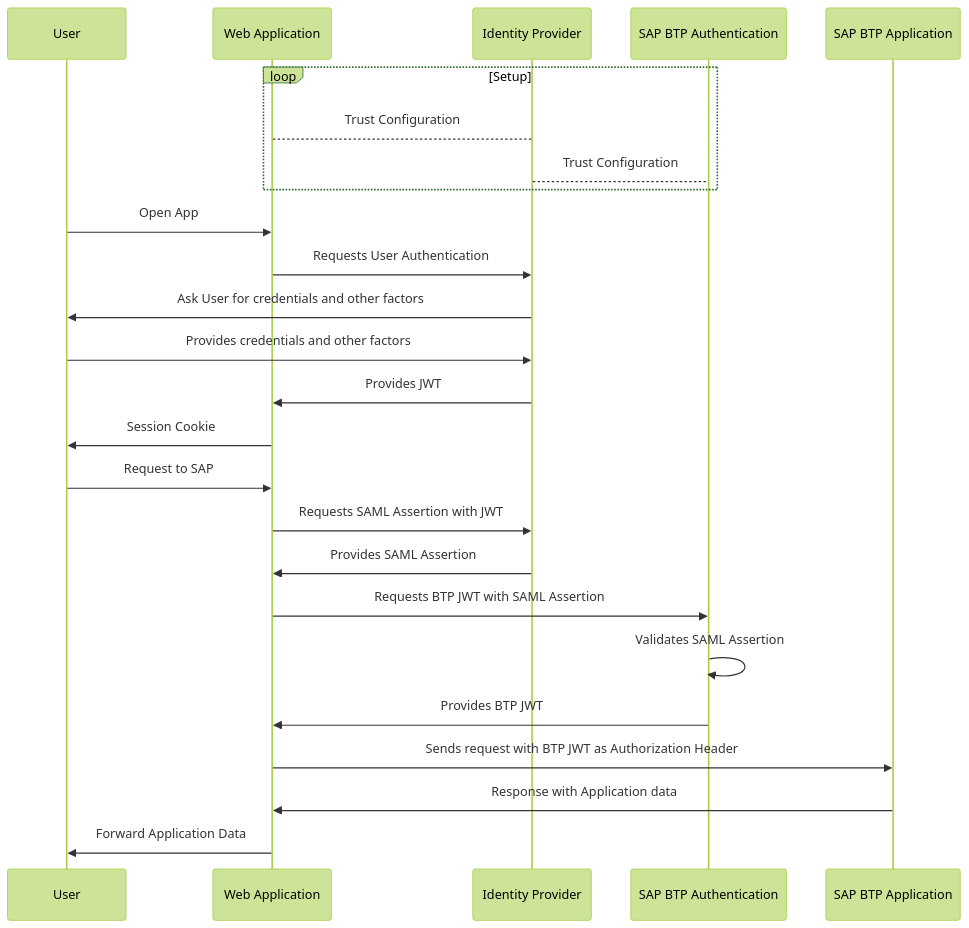
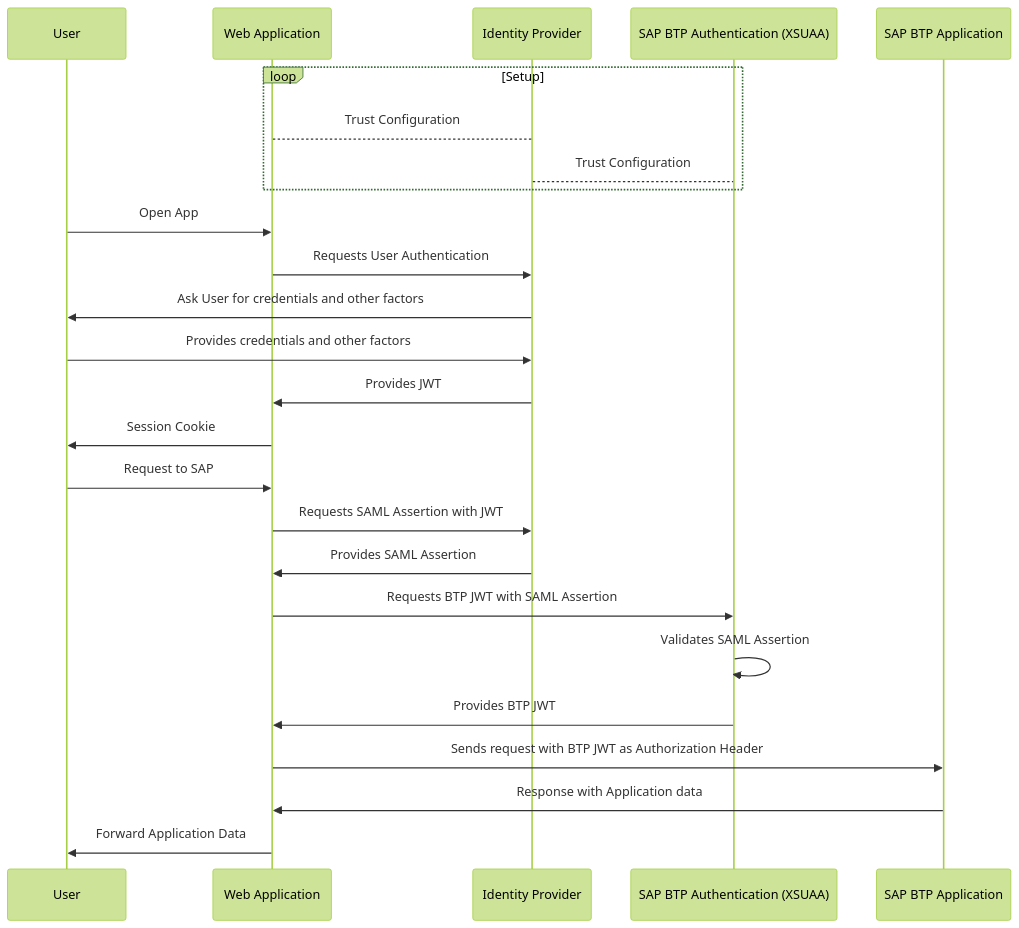
The first of 2 diagrams in test/entra-id-saml-bearer.md (gregorwolf/cap-azure-ad-b2c), drawn with Mermaid (forest theme) before and after one commit.

Commit message:
add XSUAA

````diff
--- a/test/entra-id-saml-bearer.md
+++ b/test/entra-id-saml-bearer.md
@@ -5,29 +5,29 @@
 ```mermaid
 sequenceDiagram
 %% participants
 participant User as User
 participant WebApp as Web Application
 participant IdP as Identity Provider
-participant XSUAA as SAP BTP Authentication
+participant XSUAA as SAP BTP Authentication (XSUAA)
 participant BTPApp as SAP BTP Application
 %% arrows
 loop Setup
 WebApp-->IdP: Trust Configuration
 IdP-->XSUAA: Trust Configuration
 end
 User->>WebApp: Open App
 WebApp->>IdP: Requests User Authentication
 IdP->>User: Ask User for credentials and other factors
 User->>IdP: Provides credentials and other factors
 IdP->>WebApp: Provides JWT
 WebApp->>User: Session Cookie
 User->>WebApp: Request to SAP
 WebApp->>IdP: Requests SAML Assertion with JWT
 IdP->>WebApp: Provides SAML Assertion
 WebApp->>XSUAA: Requests BTP JWT with SAML Assertion
 XSUAA->>XSUAA: Validates SAML Assertion
 XSUAA->>WebApp: Provides BTP JWT
 WebApp->>BTPApp: Sends request with BTP JWT as Authorization Header
 BTPApp->>WebApp: Response with Application data
 WebApp->>User: Forward Application Data
 ```
````
